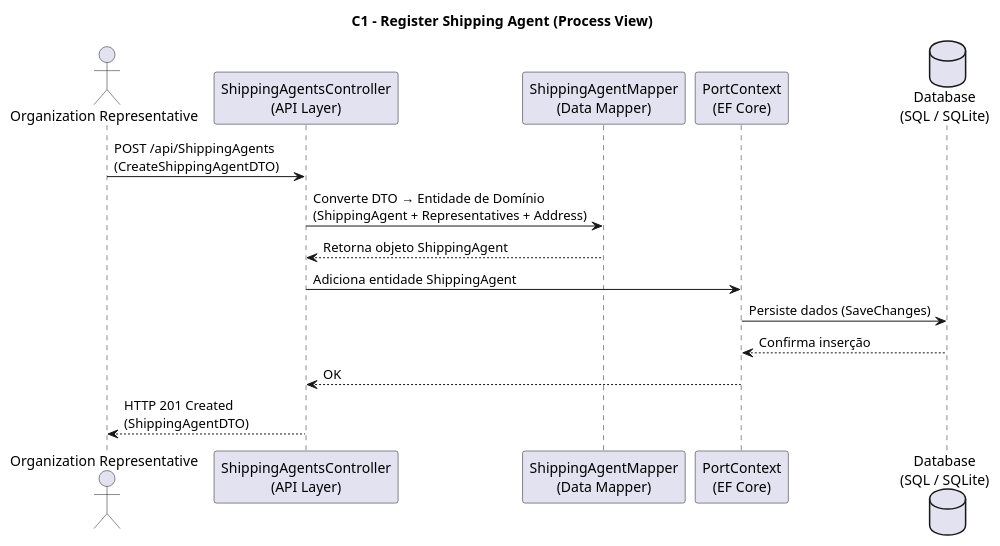
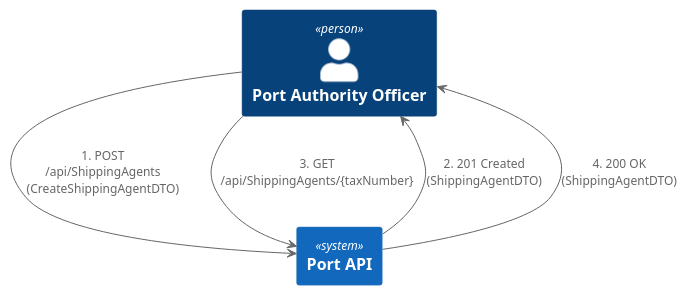
The diagram in Docs/Sprint A/US 2.2.5/Modelo c4/C1_Processos.puml (Departamento-de-Engenharia-Informatica/LEI-SEM5-PI-2025-26-3DM-03), drawn with PlantUML before and after one commit. The commit also changed 16 other files, not shown here.

```diff
--- a/Docs/Sprint A/US 2.2.5/Modelo c4/C1_Processos.puml
+++ b/Docs/Sprint A/US 2.2.5/Modelo c4/C1_Processos.puml
@@ -1,21 +1,13 @@
-@startuml C1_Register_ShippingAgent_Process_View
-title C1 – Register Shipping Agent (Process View)
+@startuml C1 - Process View (US Register Shipping Agent Organizations)
+!include <C4/C4_Container>
 
-actor "Organization Representative" as Representative
-participant "ShippingAgentsController\n(API Layer)" as Controller
-participant "ShippingAgentMapper\n(Data Mapper)" as Mapper
-participant "PortContext\n(EF Core)" as Context
-database "Database\n(SQL / SQLite)" as DB
+Person(portOfficer, "Port Authority Officer")
+System(api, "Port API")
 
-Representative -> Controller : POST /api/ShippingAgents\n(CreateShippingAgentDTO)
-Controller -> Mapper : Converte DTO → Entidade de Domínio\n(ShippingAgent + Representatives + Address)
-Mapper --> Controller : Retorna objeto ShippingAgent
+portOfficer -> api : 1. POST /api/ShippingAgents\n(CreateShippingAgentDTO)
+api --> portOfficer : 2. 201 Created (ShippingAgentDTO)
 
-Controller -> Context : Adiciona entidade ShippingAgent
-Context -> DB : Persiste dados (SaveChanges)
-DB --> Context : Confirma inserção
-Context --> Controller : OK
-
-Controller --> Representative : HTTP 201 Created\n(ShippingAgentDTO)
+portOfficer -> api : 3. GET /api/ShippingAgents/{taxNumber}
+api --> portOfficer : 4. 200 OK (ShippingAgentDTO)
 
 @enduml
```
